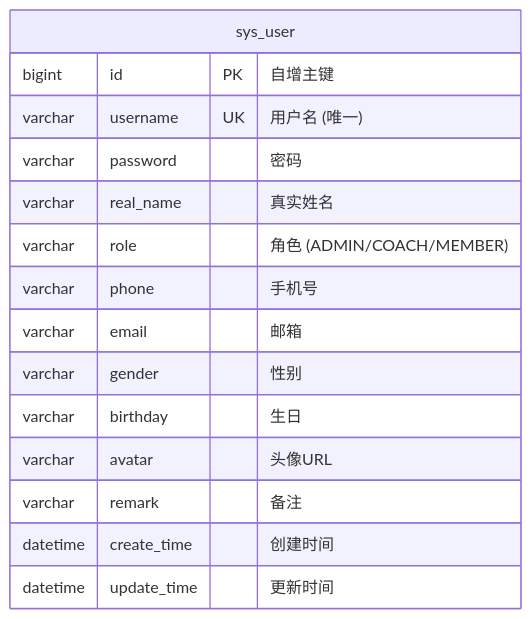
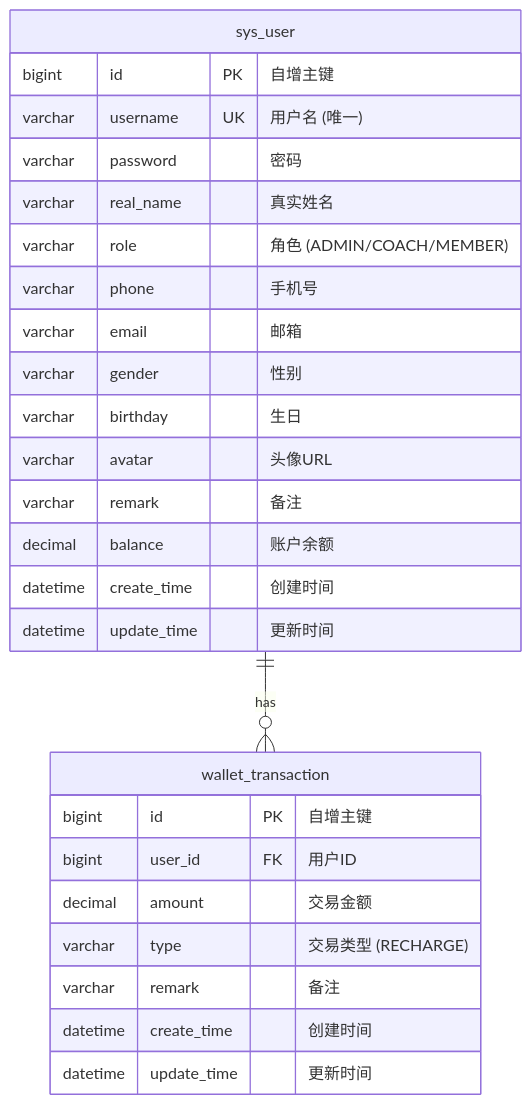
The second of 9 diagrams in 业务文档.md (CarefacACE/WorkForSports), drawn with Mermaid before and after one commit. The commit also changed other lines of this file and 16 other files, not shown here.

````diff
--- a/业务文档.md
+++ b/业务文档.md
@@ -168,18 +184,31 @@
 ```mermaid
 erDiagram
     sys_user {
         bigint id PK "自增主键"
         varchar username UK "用户名 (唯一)"
         varchar password "密码"
         varchar real_name "真实姓名"
         varchar role "角色 (ADMIN/COACH/MEMBER)"
         varchar phone "手机号"
         varchar email "邮箱"
         varchar gender "性别"
         varchar birthday "生日"
         varchar avatar "头像URL"
         varchar remark "备注"
+        decimal balance "账户余额"
         datetime create_time "创建时间"
         datetime update_time "更新时间"
     }
+
+    wallet_transaction {
+        bigint id PK "自增主键"
+        bigint user_id FK "用户ID"
+        decimal amount "交易金额"
+        varchar type "交易类型 (RECHARGE)"
+        varchar remark "备注"
+        datetime create_time "创建时间"
+        datetime update_time "更新时间"
+    }
+
+    sys_user ||--o{ wallet_transaction : "has"
 ```
````
